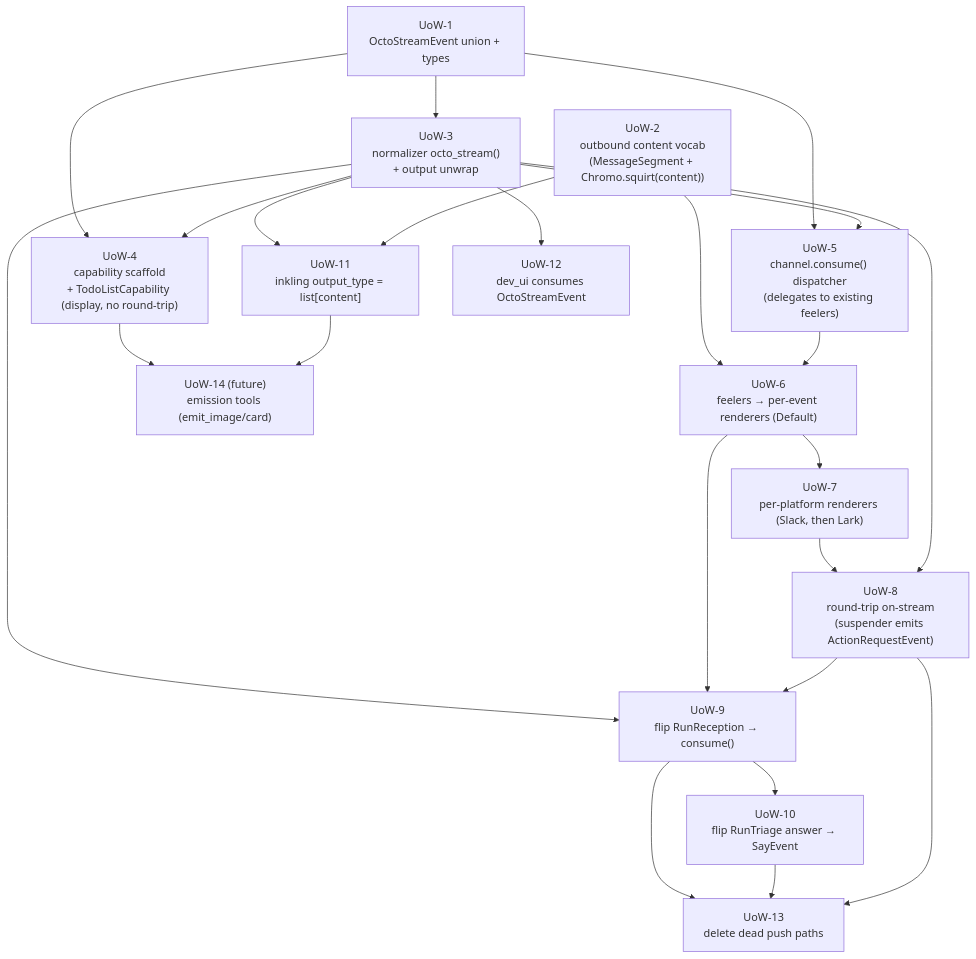
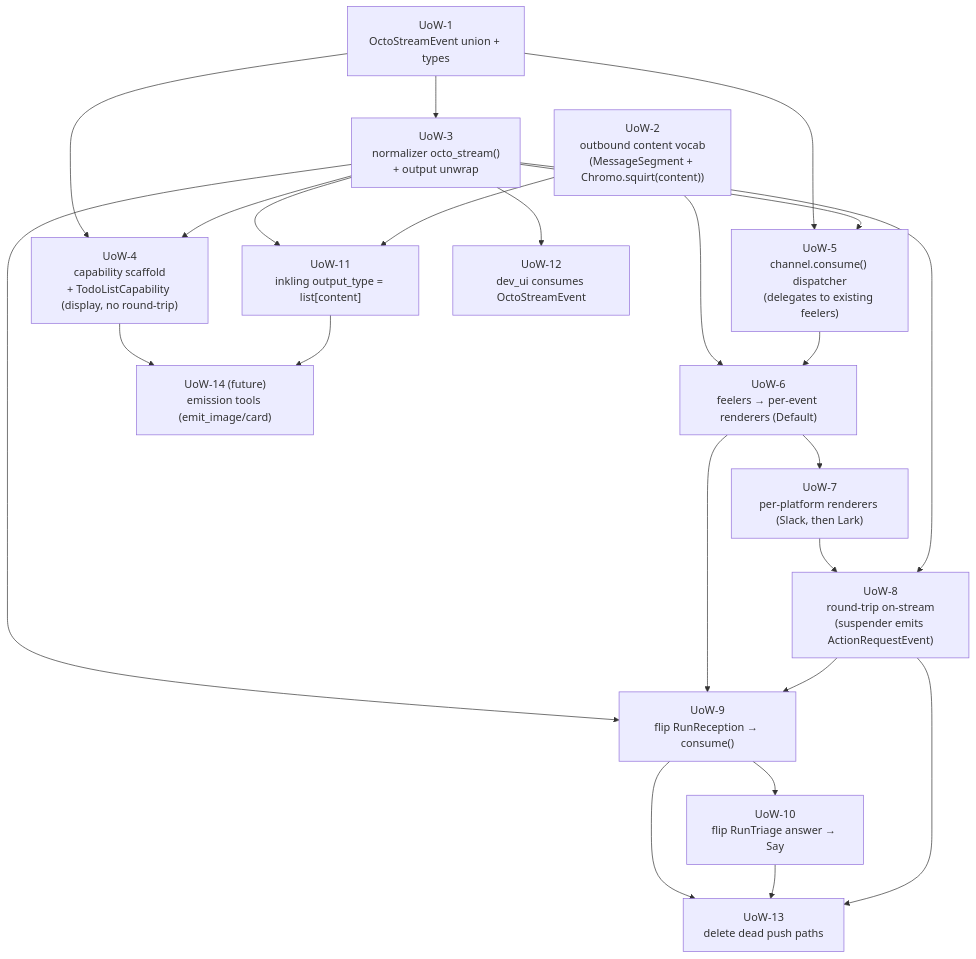
The sixth of 6 diagrams in docs/plans/agent-event-stream.md (kalynnka/octomate), drawn with Mermaid before and after one commit. The commit also changed other lines of this file and 2 other files, not shown here.

First line of the commit message:
feat(stream): OctoStreamEvent types — Say lifecycle trio + one union (UoW-1)

````diff
--- a/docs/plans/agent-event-stream.md
+++ b/docs/plans/agent-event-stream.md
@@ -252,40 +259,40 @@
 ```mermaid
 flowchart TD
     U1["UoW-1<br/>OctoStreamEvent union + types"]
     U2["UoW-2<br/>outbound content vocab<br/>(MessageSegment + Chromo.squirt(content))"]
     U3["UoW-3<br/>normalizer octo_stream()<br/>+ output unwrap"]
     U4["UoW-4<br/>capability scaffold<br/>+ TodoListCapability (display, no round-trip)"]
     U5["UoW-5<br/>channel.consume() dispatcher<br/>(delegates to existing feelers)"]
     U6["UoW-6<br/>feelers → per-event renderers (Default)"]
     U7["UoW-7<br/>per-platform renderers (Slack, then Lark)"]
     U8["UoW-8<br/>round-trip on-stream<br/>(suspender emits ActionRequestEvent)"]
     U9["UoW-9<br/>flip RunReception → consume()"]
-    U10["UoW-10<br/>flip RunTriage answer → SayEvent"]
+    U10["UoW-10<br/>flip RunTriage answer → Say"]
     U11["UoW-11<br/>inkling output_type = list[content]"]
     U12["UoW-12<br/>dev_ui consumes OctoStreamEvent"]
     U13["UoW-13<br/>delete dead push paths"]
     U14["UoW-14 (future)<br/>emission tools (emit_image/card)"]
 
     U1 --> U3
     U1 --> U4
     U1 --> U5
     U2 --> U6
     U3 --> U4
     U3 --> U5
     U3 --> U9
     U5 --> U6
     U6 --> U7
     U6 --> U9
     U7 --> U8
     U3 --> U8
     U8 --> U9
     U9 --> U10
     U3 --> U11
     U2 --> U11
     U3 --> U12
     U9 --> U13
     U10 --> U13
     U8 --> U13
     U4 --> U14
     U11 --> U14
 ```
````
